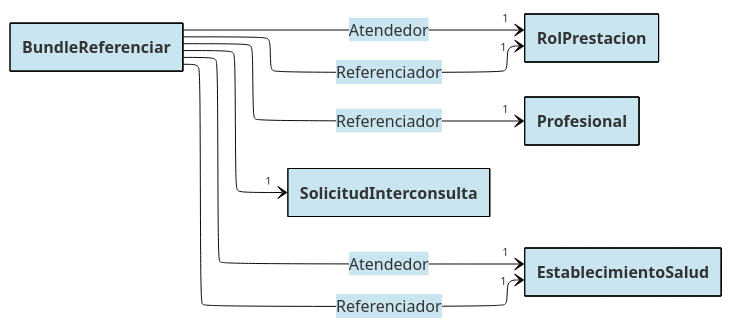
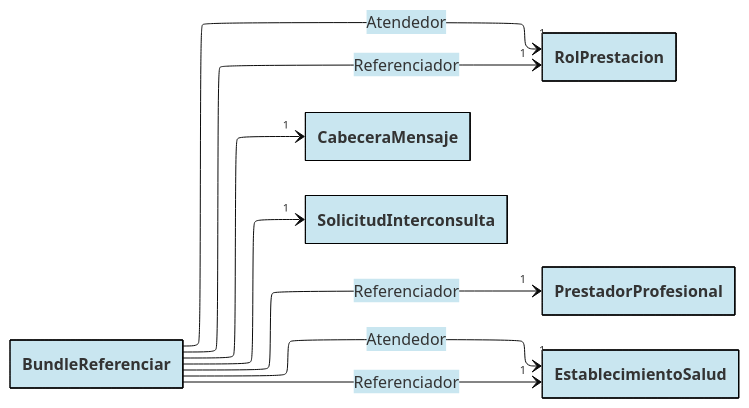
One commit to chris-f23/diagramas-fhir-tei changed the diagram in docs/bundles/2.BundleReferenciar.mmd. Above: the diagram before and after it, drawn with Mermaid. The commit also changed 8 other files, not shown here.

```diff
--- a/docs/bundles/2.BundleReferenciar.mmd
+++ b/docs/bundles/2.BundleReferenciar.mmd
@@ -1,29 +1,32 @@
 ---
 config:
   layout: elk
   theme: base
   class:
     hideEmptyMembersBox: true
   themeVariables:
     primaryBorderColor: "#000000"
     primaryColor: "#C9E6F0"
 ---
 
 classDiagram
 direction LR
 
 
+BundleReferenciar --> "1" CabeceraMensaje
+link CabeceraMensaje "https://github.com/chris-f23/diagramas-fhir-tei/blob/main/docs/CabeceraMensaje.mmd"
+
 BundleReferenciar --> "1" SolicitudInterconsulta
 link SolicitudInterconsulta "https://github.com/chris-f23/diagramas-fhir-tei/blob/main/docs/SolicitudInterconsulta.mmd"
 
 
 BundleReferenciar --> "1" RolPrestacion: Referenciador
 BundleReferenciar --> "1" RolPrestacion: Atendedor
 link RolPrestacion "https://github.com/chris-f23/diagramas-fhir-tei/blob/main/docs/RolPrestacion.mmd"
 
-BundleReferenciar --> "1" Profesional: Referenciador
-link Profesional "https://github.com/chris-f23/diagramas-fhir-tei/blob/main/docs/Prestador.mmd"
+BundleReferenciar --> "1" PrestadorProfesional: Referenciador
+link PrestadorProfesional "https://github.com/chris-f23/diagramas-fhir-tei/blob/main/docs/Prestador.mmd"
 
 BundleReferenciar --> "1" EstablecimientoSalud: Referenciador
 BundleReferenciar --> "1" EstablecimientoSalud: Atendedor
 link EstablecimientoSalud "https://github.com/chris-f23/diagramas-fhir-tei/blob/main/docs/EstablecimientoSalud.mmd"
```
